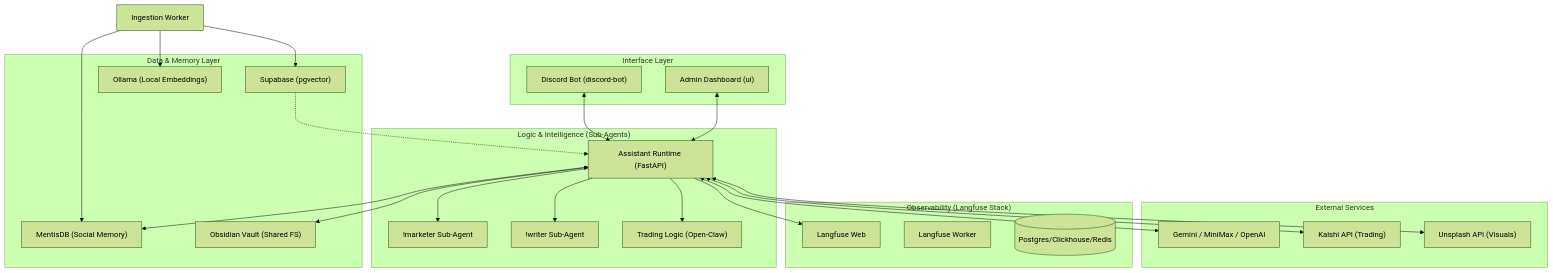
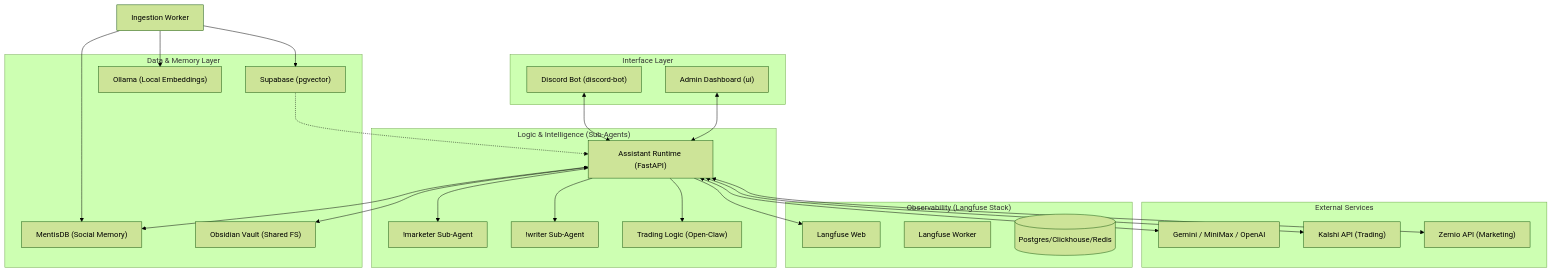
The diagram in docs/architecture.md (setohe0909/pc-agent), drawn with Mermaid (forest theme) before and after one commit. The commit also changed other lines of this file and 7 other files, not shown here.

Commit message:
feat: add specific debugging hints for missing schema keys in missing_expected_value errors

````diff
--- a/docs/architecture.md
+++ b/docs/architecture.md
@@ -7,52 +7,52 @@
 ```mermaid
 flowchart TD
     subgraph "Interface Layer"
         Discord["Discord Bot (discord-bot)"]
         AdminUI["Admin Dashboard (ui)"]
     end
 
     subgraph "Logic & Intelligence (Sub-Agents)"
         Runtime["Assistant Runtime (FastAPI)"]
         Marketer["!marketer Sub-Agent"]
         Writer["!writer Sub-Agent"]
         Trader["Trading Logic (Open-Claw)"]
         Runtime --> Marketer
         Runtime --> Writer
         Runtime --> Trader
     end
 
     subgraph "Data & Memory Layer"
         Supabase["Supabase (pgvector)"]
         Mentis["MentisDB (Social Memory)"]
         Obsidian["Obsidian Vault (Shared FS)"]
         Ollama["Ollama (Local Embeddings)"]
     end
 
     subgraph "External Services"
         LLM["Gemini / MiniMax / OpenAI"]
         Kalshi["Kalshi API (Trading)"]
-        Unsplash["Unsplash API (Visuals)"]
+        Zernio["Zernio API (Marketing)"]
     end
 
     subgraph "Observability (Langfuse Stack)"
         LF_Web["Langfuse Web"]
         LF_Worker["Langfuse Worker"]
         LF_DB[(Postgres/Clickhouse/Redis)]
     end
 
     %% Interactions
     Discord <--> Runtime
     AdminUI <--> Runtime
     Runtime <--> LLM
     Runtime <--> Mentis
     Runtime <--> Obsidian
     Runtime <--> Kalshi
-    Runtime <--> Unsplash
+    Runtime <--> Zernio
     Runtime --> LF_Web
     
     %% Background Work
     Worker["Ingestion Worker"] --> Supabase
     Worker --> Ollama
     Worker --> Mentis
     Supabase -.-> Runtime
 ```
````
